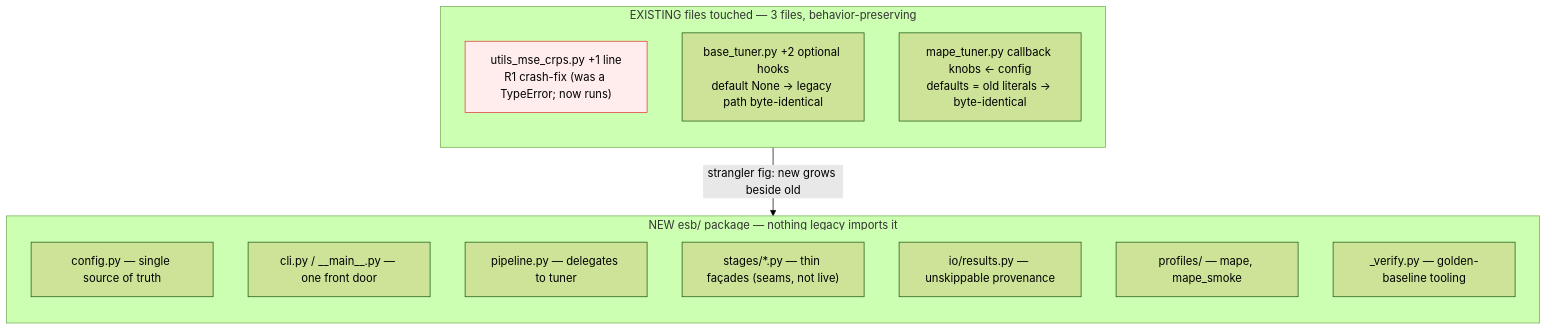
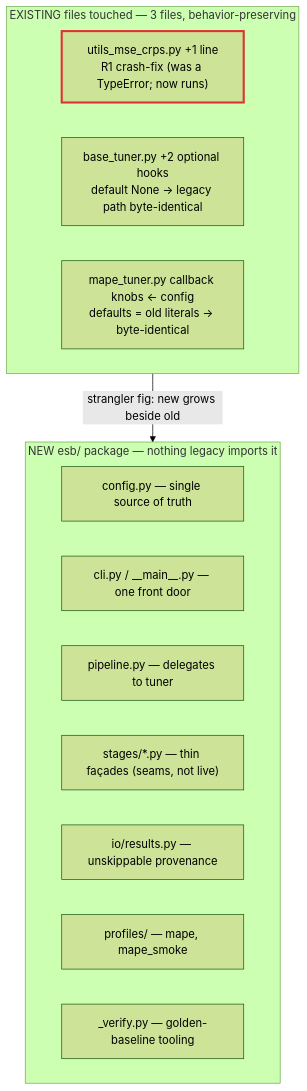
One commit to conrad-blucher-institute/UQ4ML_WaterTemp changed the second of 4 diagrams in docs/ESB_STAGE_B_REPORT.md. Above: the diagram before and after it, drawn with Mermaid (forest theme). The commit also changed other lines of this file and 2 other files, not shown here.

First line of the commit message:
docs: dark-mode-readable mermaid diagrams (borders not fills)

````diff
--- a/docs/ESB_STAGE_B_REPORT.md
+++ b/docs/ESB_STAGE_B_REPORT.md
@@ -16,22 +32,20 @@
 ```mermaid
 flowchart TB
   subgraph RISK["EXISTING files touched — 3 files, behavior-preserving"]
-    direction TB
     r1["utils_mse_crps.py +1 line<br/>R1 crash-fix (was a TypeError; now runs)"]
     r2["base_tuner.py +2 optional hooks<br/>default None → legacy path byte-identical"]
     r3["mape_tuner.py callback knobs ← config<br/>defaults = old literals → byte-identical"]
   end
   subgraph NEW["NEW esb/ package — nothing legacy imports it"]
-    direction TB
     n1["config.py — single source of truth"]
     n2["cli.py / __main__.py — one front door"]
     n3["pipeline.py — delegates to tuner"]
     n4["stages/*.py — thin façades (seams, not live)"]
     n5["io/results.py — unskippable provenance"]
     n6["profiles/ — mape, mape_smoke"]
     n7["_verify.py — golden-baseline tooling"]
   end
   RISK -->|"strangler fig: new grows beside old"| NEW
-  classDef hot fill:#ffecec,stroke:#d33;
+  classDef hot stroke:#d33,stroke-width:3px;
   class r1 hot
 ```
````
